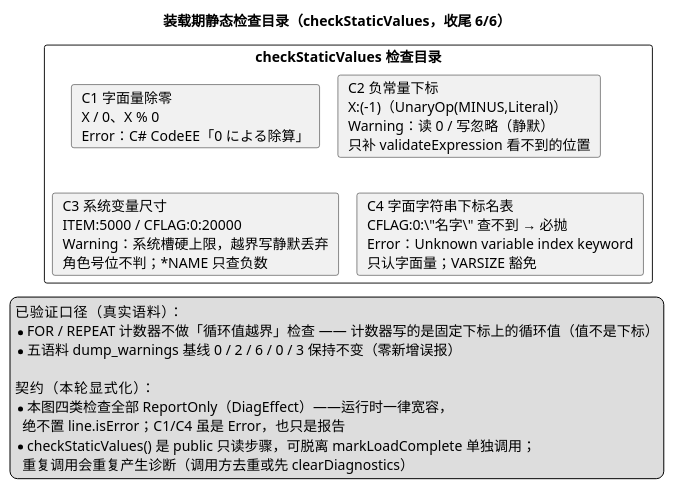
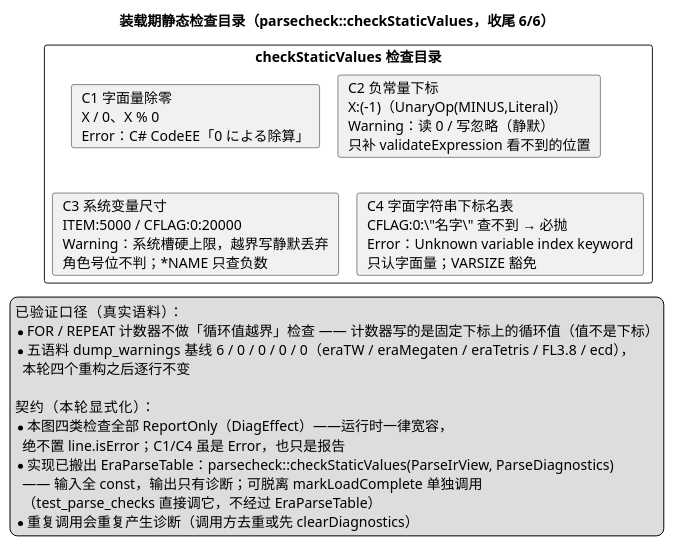
The diagram in docs/uml/07-static-checks.puml (yigekuyou/qt-eraemu), drawn with PlantUML before and after one commit. The commit also changed 8 other files, not shown here.

First line of the commit message:
docs/uml：按四轮重构重画（身份整数化 / 全定型 / 作用域显式 / 只读收尾外移）

```diff
--- a/docs/uml/07-static-checks.puml
+++ b/docs/uml/07-static-checks.puml
@@ -1,26 +1,29 @@
 @startuml 07-static-checks
 ' 无 graphviz(dot) 时用 PlantUML 内置 smetana 布局引擎
 !pragma layout smetana
 ' emuera —— checkStaticValues 检查目录（收尾 6/6）：不需要运行游戏即可判定的边界条件
 ' 渲染：plantuml -tpng docs/uml/07-static-checks.puml
-title 装载期静态检查目录（checkStaticValues，收尾 6/6）
+title 装载期静态检查目录（parsecheck::checkStaticValues，收尾 6/6）
 
 rectangle "checkStaticValues 检查目录" as Checks {
   card "C1 字面量除零\nX / 0、X % 0\nError：C# CodeEE「0 による除算」" as C1
   card "C2 负常量下标\nX:(-1)（UnaryOp(MINUS,Literal)）\nWarning：读 0 / 写忽略（静默）\n只补 validateExpression 看不到的位置" as C2
   card "C3 系统变量尺寸\nITEM:5000 / CFLAG:0:20000\nWarning：系统槽硬上限，越界写静默丢弃\n角色号位不判；*NAME 只查负数" as C3
   card "C4 字面字符串下标名表\nCFLAG:0:\"名字\" 查不到 → 必抛\nError：Unknown variable index keyword\n只认字面量；VARSIZE 豁免" as C4
 }
 
 legend bottom
   已验证口径（真实语料）：
   * FOR / REPEAT 计数器不做「循环值越界」检查 —— 计数器写的是固定下标上的循环值（值不是下标）
-  * 五语料 dump_warnings 基线 0 / 2 / 6 / 0 / 3 保持不变（零新增误报）
+  * 五语料 dump_warnings 基线 6 / 0 / 0 / 0 / 0（eraTW / eraMegaten / eraTetris / FL3.8 / ecd），
+    本轮四个重构之后逐行不变
 
   契约（本轮显式化）：
   * 本图四类检查全部 ReportOnly（DiagEffect）——运行时一律宽容，
     绝不置 line.isError；C1/C4 虽是 Error，也只是报告
-  * checkStaticValues() 是 public 只读步骤，可脱离 markLoadComplete 单独调用；
-    重复调用会重复产生诊断（调用方去重或先 clearDiagnostics）
+  * 实现已搬出 EraParseTable：parsecheck::checkStaticValues(ParseIrView, ParseDiagnostics)
+    —— 输入全 const，输出只有诊断；可脱离 markLoadComplete 单独调用
+    （test_parse_checks 直接调它，不经过 EraParseTable）
+  * 重复调用会重复产生诊断（调用方去重或先 clearDiagnostics）
 endlegend
 @enduml
```
